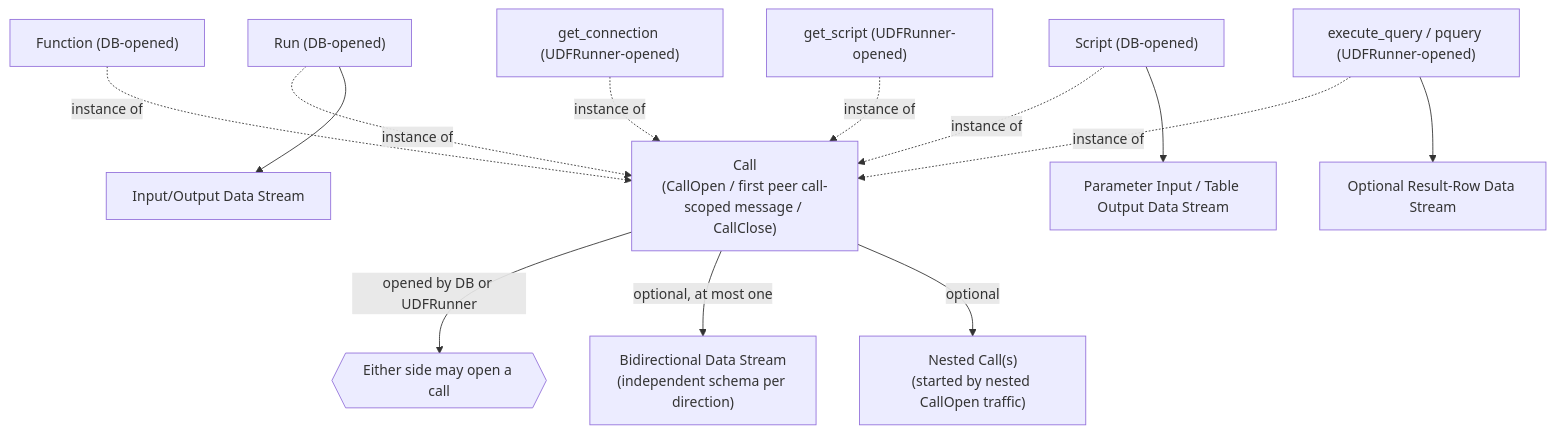
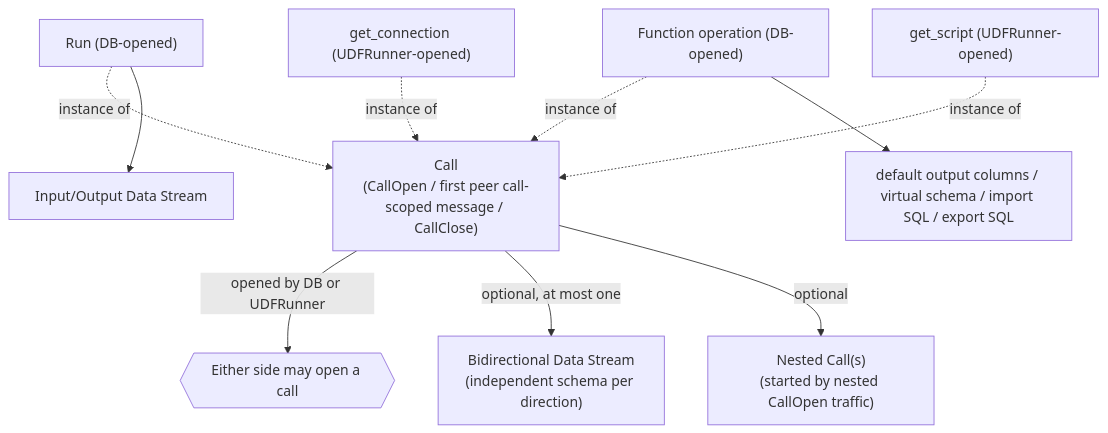
The diagram in doc/design/v2/udf_protocol_high_level_call_model.mmd (exasol/udf-runner-cpp), drawn with Mermaid before and after one commit. The commit also changed 14 other files, not shown here.

```diff
--- a/doc/design/v2/udf_protocol_high_level_call_model.mmd
+++ b/doc/design/v2/udf_protocol_high_level_call_model.mmd
@@ -1,16 +1,13 @@
 flowchart TD
     Call["Call\n(CallOpen / first peer call-scoped message / CallClose)"]
     Call -->|opened by DB or UDFRunner| Opener{{"Either side may open a call"}}
     Call -->|optional, at most one| DataStream["Bidirectional Data Stream\n(independent schema per direction)"]
     Call -->|optional| Nested["Nested Call(s)\n(started by nested CallOpen traffic)"]
 
     Run["Run (DB-opened)"] -.->|instance of| Call
-    Function["Function (DB-opened)"] -.->|instance of| Call
-    Script["Script (DB-opened)"] -.->|instance of| Call
+    Function["Function operation (DB-opened)"] -.->|instance of| Call
     GetConnection["get_connection (UDFRunner-opened)"] -.->|instance of| Call
     GetScript["get_script (UDFRunner-opened)"] -.->|instance of| Call
-    ExecuteQuery["execute_query / pquery (UDFRunner-opened)"] -.->|instance of| Call
 
     Run --> RunData["Input/Output Data Stream"]
-    Script --> ScriptData["Parameter Input / Table Output Data Stream"]
-    ExecuteQuery --> QueryData["Optional Result-Row Data Stream"]
+    Function --> FunctionKinds["default output columns / virtual schema / import SQL / export SQL"]
```
